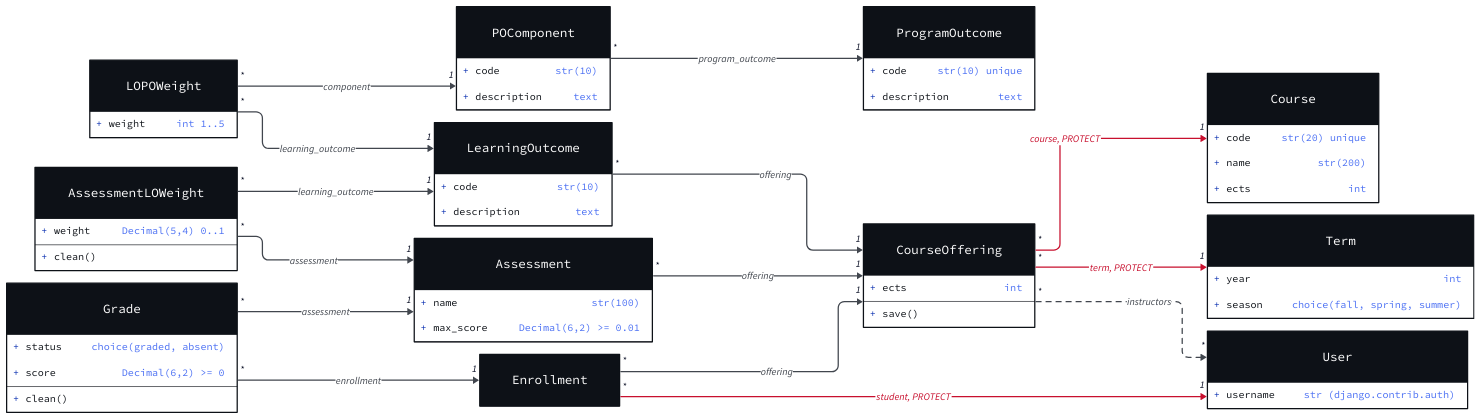
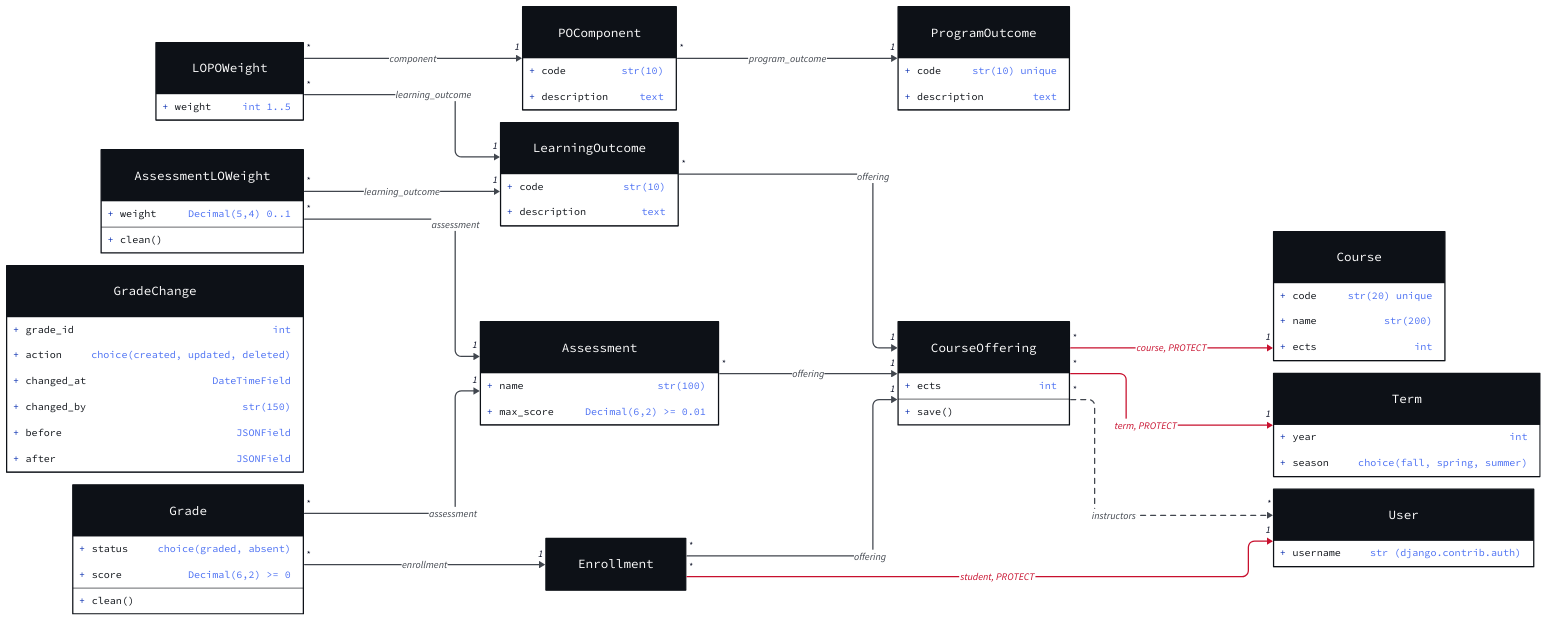
Before and after one commit to rmz-oz/aculator: the diagram in docs/classes.d2, drawn with D2. The commit also changed 8 other files, not shown here.

```diff
--- a/docs/classes.d2
+++ b/docs/classes.d2
@@ -143,6 +143,22 @@
   }
 }
 
+GradeChange: {
+  shape: class
+  "grade_id": "int"
+  "action": "choice(created, updated, deleted)"
+  "changed_at": "DateTimeField"
+  "changed_by": "str(150)"
+  "before": "JSONField"
+  "after": "JSONField"
+  style: {
+    fill: "#0D1117"
+    stroke: "#FFFFFF"
+    font-color: "#FFFFFF"
+    font-size: 16
+  }
+}
+
 User: {
   shape: class
   "username": "str (django.contrib.auth)"
```
